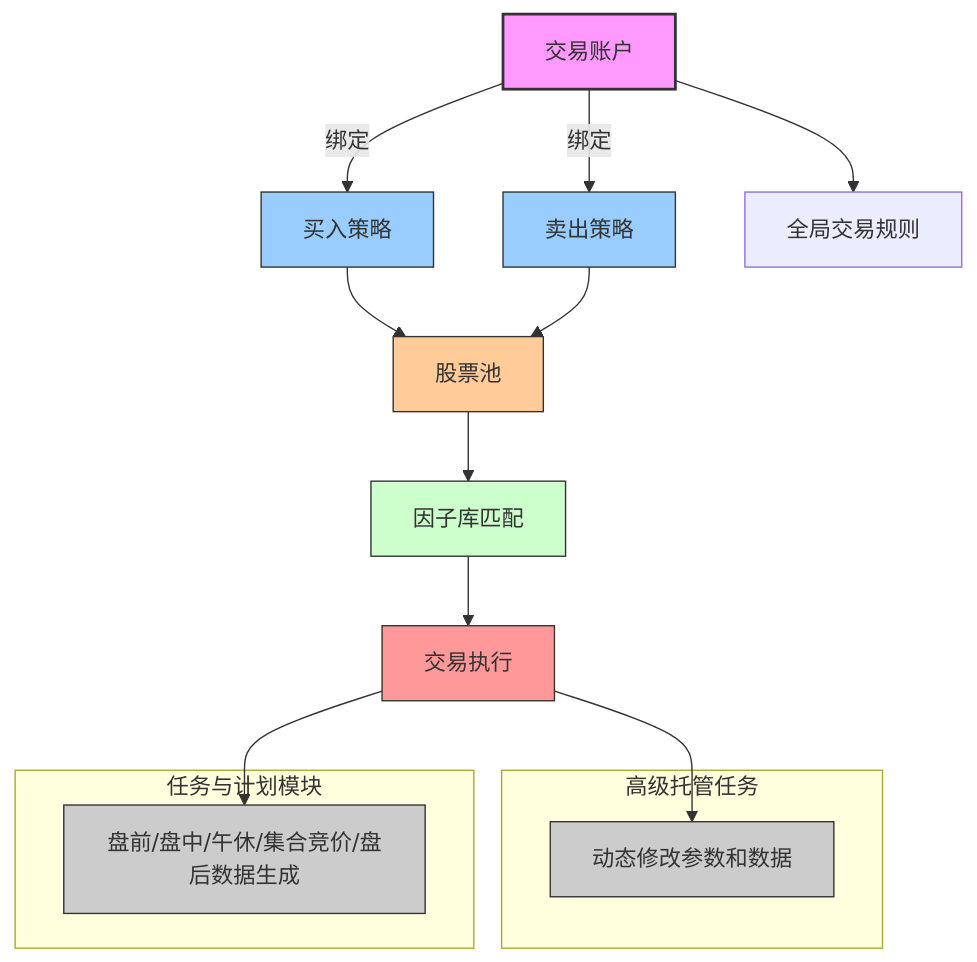
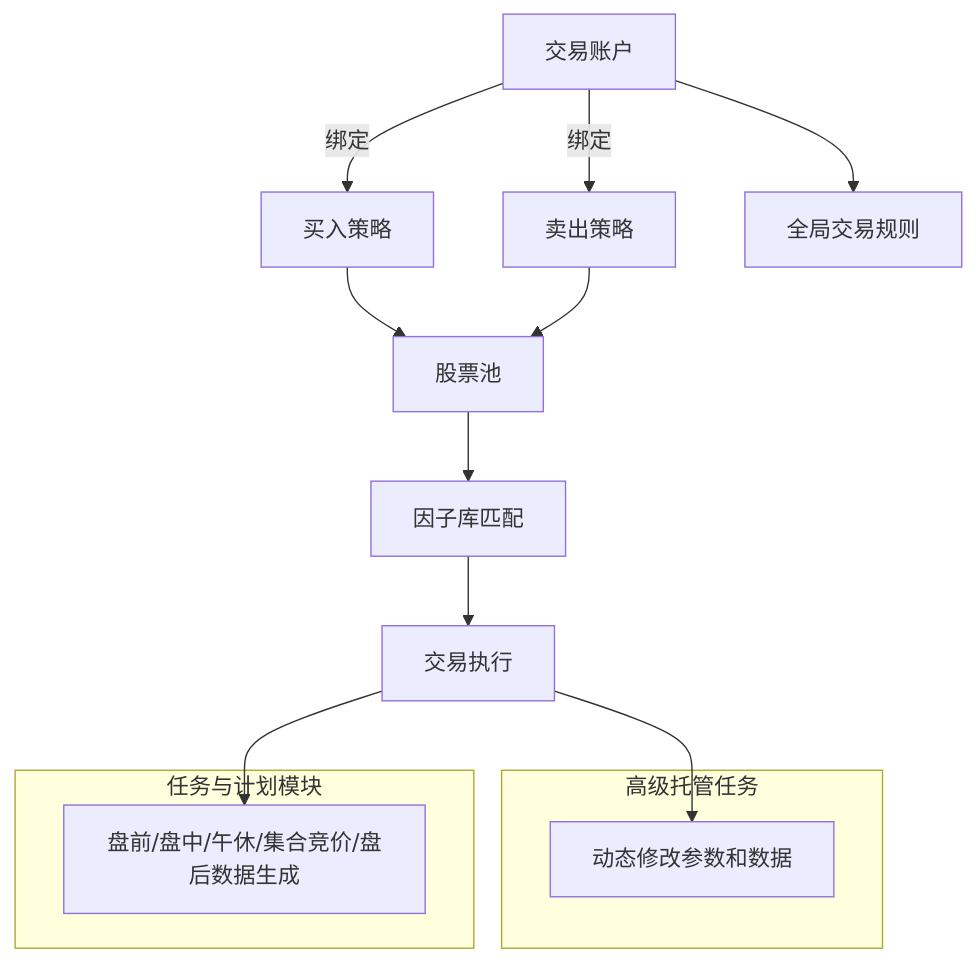
The diagram in README.md (huabolu/tradestack), drawn with Mermaid before and after one commit.

````diff
--- a/README.md
+++ b/README.md
@@ -98,32 +98,23 @@
 ```mermaid
 flowchart TD
     A[交易账户] -->|绑定| B[买入策略]
     A -->|绑定| C[卖出策略]
     A --> D[全局交易规则]
 
     B --> E[股票池]
     C --> E[股票池]
 
     E --> F[因子库匹配]
     F --> G[交易执行]
 
     subgraph 高级托管任务
         H[动态修改参数和数据]
     end
 
     subgraph 任务与计划模块
         I[盘前/盘中/午休/集合竞价/盘后数据生成]
     end
 
     G --> H
     G --> I
-
-    style A fill:#f9f,stroke:#333,stroke-width:2px
-    style B fill:#9cf,stroke:#333,stroke-width:1px
-    style C fill:#9cf,stroke:#333,stroke-width:1px
-    style E fill:#fc9,stroke:#333,stroke-width:1px
-    style F fill:#cfc,stroke:#333,stroke-width:1px
-    style G fill:#f99,stroke:#333,stroke-width:1px
-    style H fill:#ccc,stroke:#333,stroke-width:1px
-    style I fill:#ccc,stroke:#333,stroke-width:1px
 ```
````
